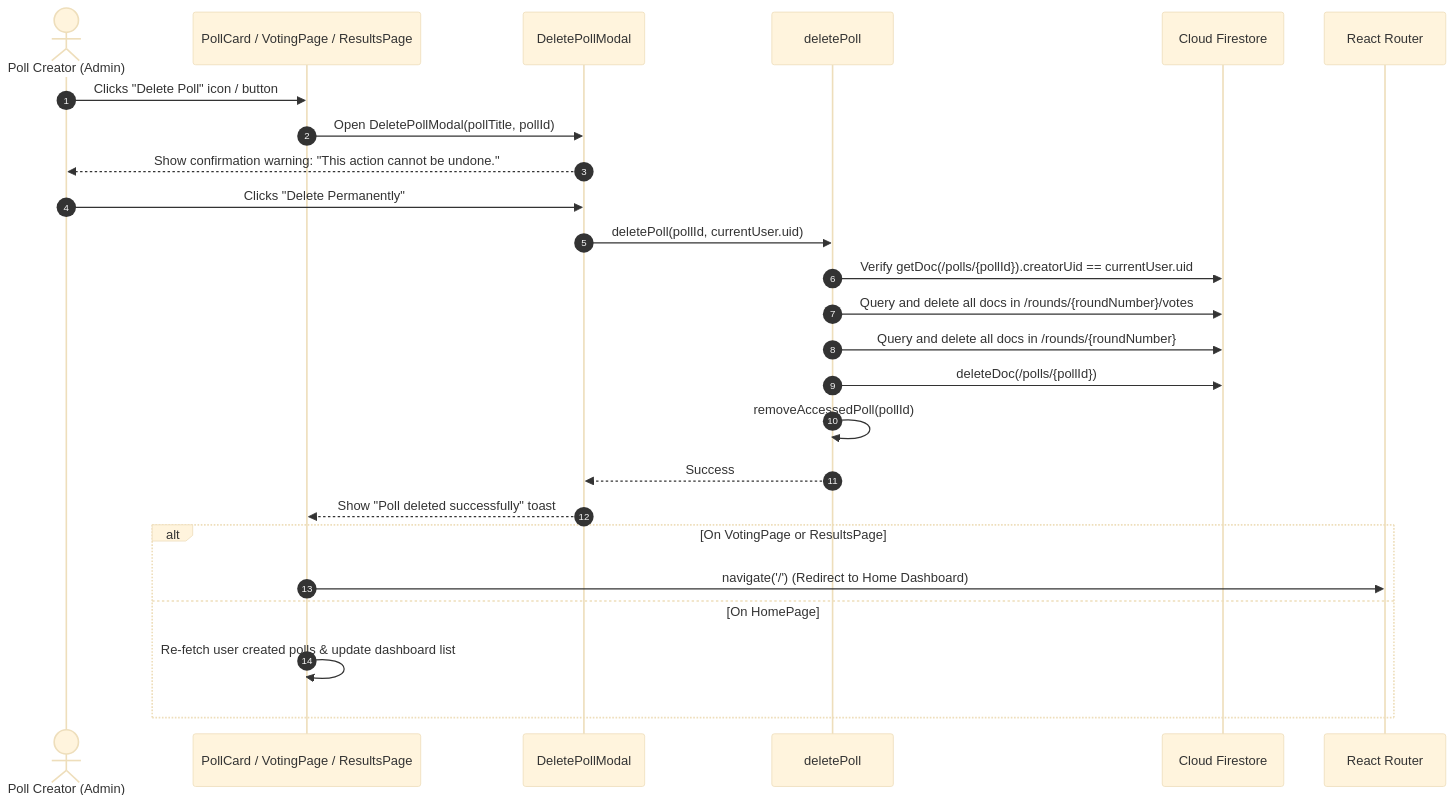
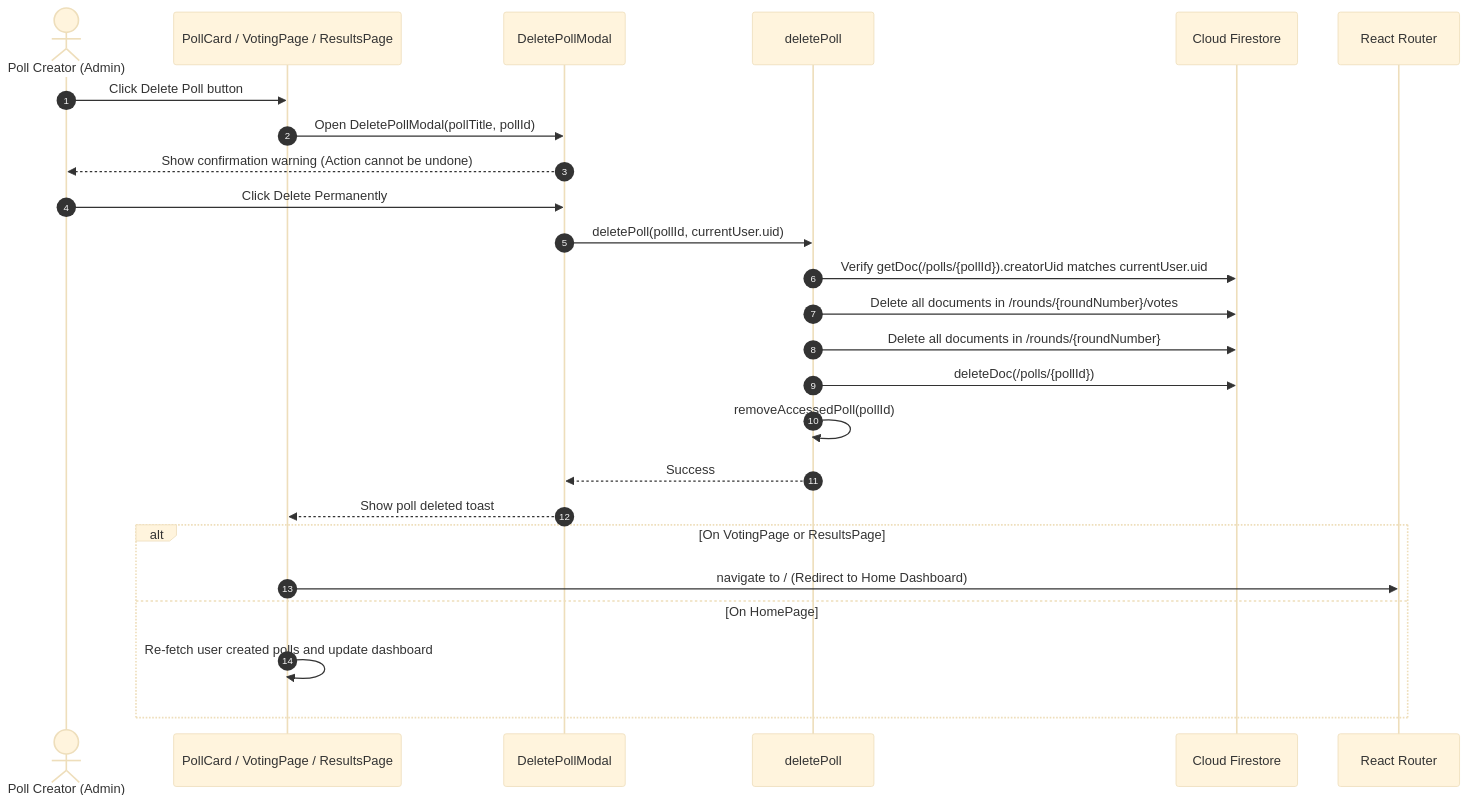
The sixth of 7 diagrams in docs/SEQUENCE_DIAGRAMS.md (c1t0d0s0/votica), drawn with Mermaid (base theme) before and after one commit. The commit also changed other lines of this file and 1 other file, not shown here.

Commit message:
fixed SEQUENCE_DIAGRAMS

````diff
--- a/docs/SEQUENCE_DIAGRAMS.md
+++ b/docs/SEQUENCE_DIAGRAMS.md
@@ -201,30 +198,30 @@
 ```mermaid
 sequenceDiagram
     autonumber
     actor Admin as Poll Creator (Admin)
     participant UI as PollCard / VotingPage / ResultsPage
     participant Modal as DeletePollModal
     participant Service as deletePoll
     participant DB as Cloud Firestore
     participant Router as React Router
 
-    Admin->>UI: Clicks "Delete Poll" icon / button
+    Admin->>UI: Click Delete Poll button
     UI->>Modal: Open DeletePollModal(pollTitle, pollId)
-    Modal-->>Admin: Show confirmation warning: "This action cannot be undone."
-    Admin->>Modal: Clicks "Delete Permanently"
+    Modal-->>Admin: Show confirmation warning (Action cannot be undone)
+    Admin->>Modal: Click Delete Permanently
 
     Modal->>Service: deletePoll(pollId, currentUser.uid)
-    Service->>DB: Verify getDoc(/polls/{pollId}).creatorUid == currentUser.uid
-    Service->>DB: Query and delete all docs in /rounds/{roundNumber}/votes
-    Service->>DB: Query and delete all docs in /rounds/{roundNumber}
+    Service->>DB: Verify getDoc(/polls/{pollId}).creatorUid matches currentUser.uid
+    Service->>DB: Delete all documents in /rounds/{roundNumber}/votes
+    Service->>DB: Delete all documents in /rounds/{roundNumber}
     Service->>DB: deleteDoc(/polls/{pollId})
     Service->>Service: removeAccessedPoll(pollId)
     Service-->>Modal: Success
 
-    Modal-->>UI: Show "Poll deleted successfully" toast
+    Modal-->>UI: Show poll deleted toast
     alt On VotingPage or ResultsPage
-        UI->>Router: navigate('/') (Redirect to Home Dashboard)
+        UI->>Router: navigate to / (Redirect to Home Dashboard)
     else On HomePage
-        UI->>UI: Re-fetch user created polls & update dashboard list
+        UI->>UI: Re-fetch user created polls and update dashboard
     end
 ```
````
